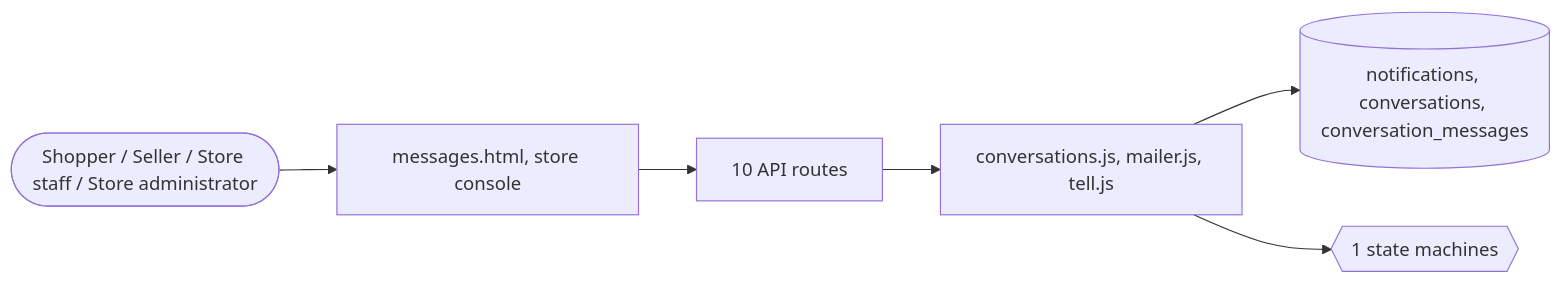
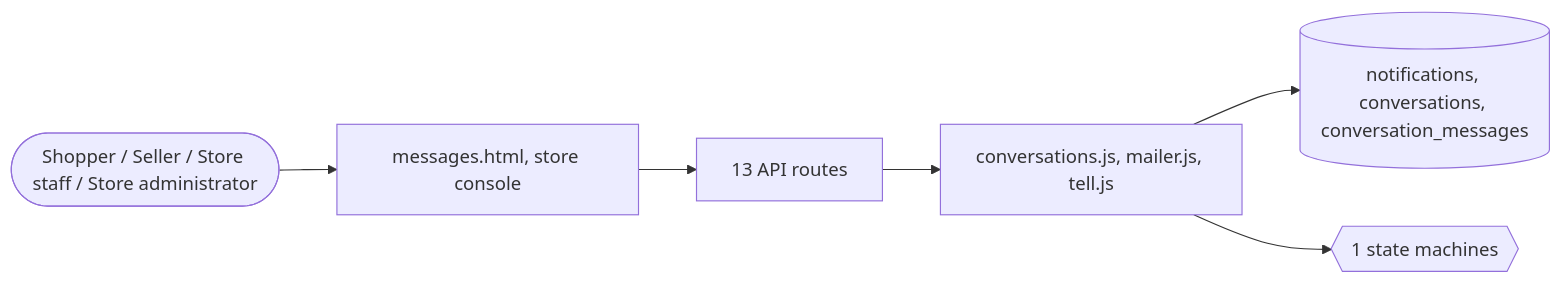
The second of 2 diagrams in docs/domains/communication.md (echelonxventures-Projects/universal-product), drawn with Mermaid before and after one commit. The commit also changed other lines of this file and 23 other files, not shown here.

````diff
--- a/docs/domains/communication.md
+++ b/docs/domains/communication.md
@@ -119,8 +122,8 @@
 ```mermaid
 flowchart LR
   U([Shopper / Seller / Store staff / Store administrator]) --> UI[messages.html, store console]
-  UI --> API[10 API routes]
+  UI --> API[13 API routes]
   API --> ENG[conversations.js, mailer.js, tell.js]
   ENG --> DB[(notifications, conversations, conversation_messages)]
   ENG --> SM{{1 state machines}}
 ```
````
